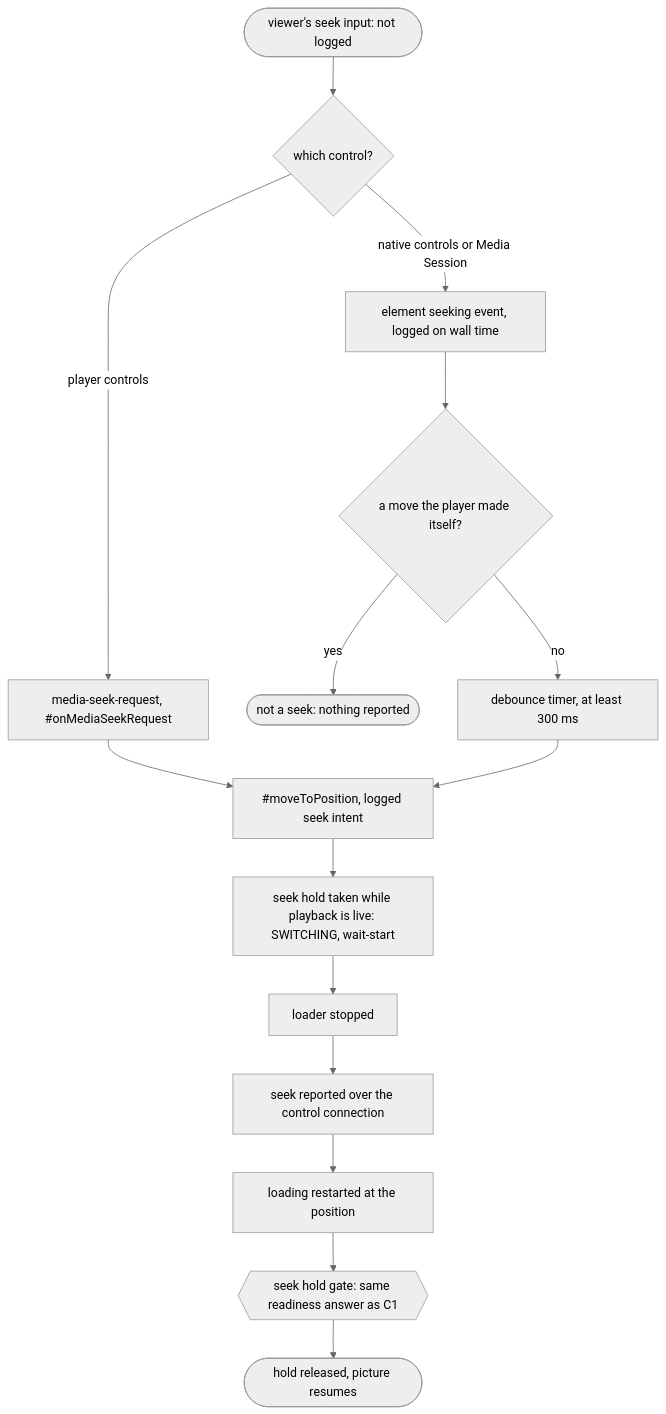
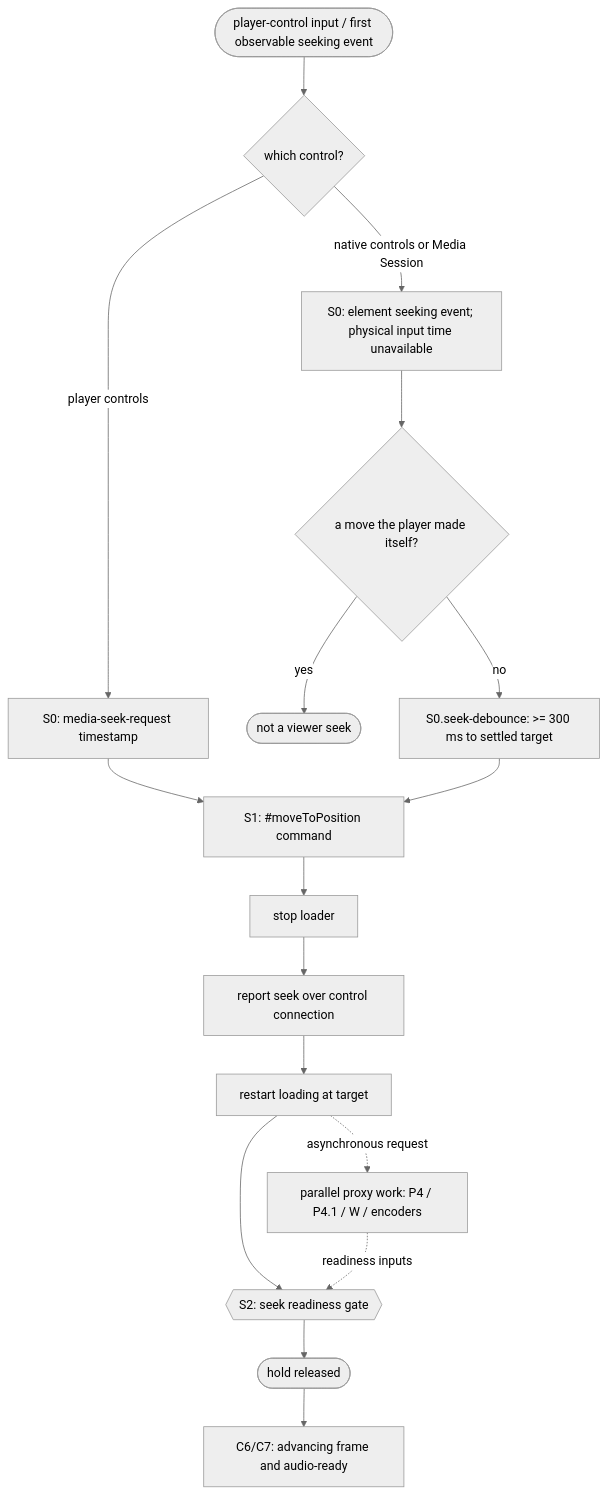
Before and after one commit to torrent-tv/proxy: the fifth of 5 diagrams in docs/first-frame-wait-model.md, drawn with Mermaid (neutral theme). The commit also changed other lines of this file, not shown here.

Commit message:
docs(proxy): document seek timing stages #ttv-185

````diff
--- a/docs/first-frame-wait-model.md
+++ b/docs/first-frame-wait-model.md
@@ -1212,24 +1211,26 @@
 ```mermaid
 flowchart TB
-  IN(["viewer's seek input: not logged"])
+  IN(["player-control input / first observable seeking event"])
   QC{"which control?"}
-  MSR["media-seek-request, #onMediaSeekRequest"]
-  SK["element seeking event, logged on wall time"]
+  MSR["S0: media-seek-request timestamp"]
+  SK["S0: element seeking event; physical input time unavailable"]
   OWN{"a move the player made itself?"}
-  IGN(["not a seek: nothing reported"])
-  DEB["debounce timer, at least 300 ms"]
-  MOVE["#moveToPosition, logged seek intent"]
-  HOLD["seek hold taken while playback is live: SWITCHING, wait-start"]
-  STOP["loader stopped"]
-  REP["seek reported over the control connection"]
-  LOAD["loading restarted at the position"]
-  GATE{{"seek hold gate: same readiness answer as C1"}}
-  REL(["hold released, picture resumes"])
-
+  IGN(["not a viewer seek"])
+  DEB["S0.seek-debounce: >= 300 ms to settled target"]
+  MOVE["S1: #moveToPosition command"]
+  STOP["stop loader"]
+  REP["report seek over control connection"]
+  LOAD["restart loading at target"]
+  GATE{{"S2: seek readiness gate"}}
+  REL(["hold released"])
+  PX["parallel proxy work: P4 / P4.1 / W / encoders"]
+  FRAME["C6/C7: advancing frame and audio-ready"]
   IN --> QC
   QC -- player controls --> MSR --> MOVE
   QC -- native controls or Media Session --> SK --> OWN
   OWN -- yes --> IGN
   OWN -- no --> DEB --> MOVE
-  MOVE --> HOLD --> STOP --> REP --> LOAD --> GATE --> REL
+  MOVE --> STOP --> REP --> LOAD --> GATE --> REL --> FRAME
+  LOAD -. asynchronous request .-> PX
+  PX -. readiness inputs .-> GATE
 ```
````
